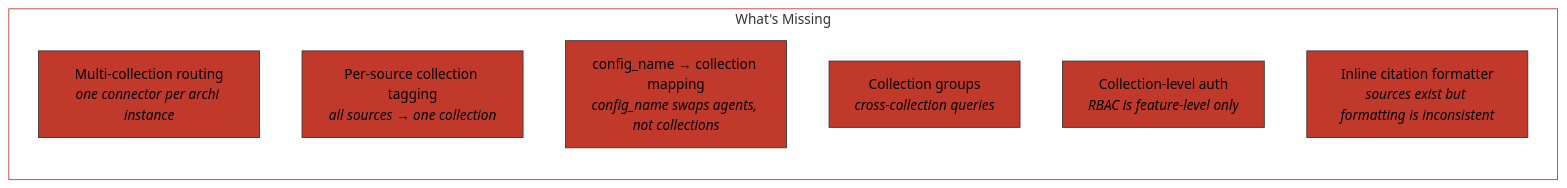
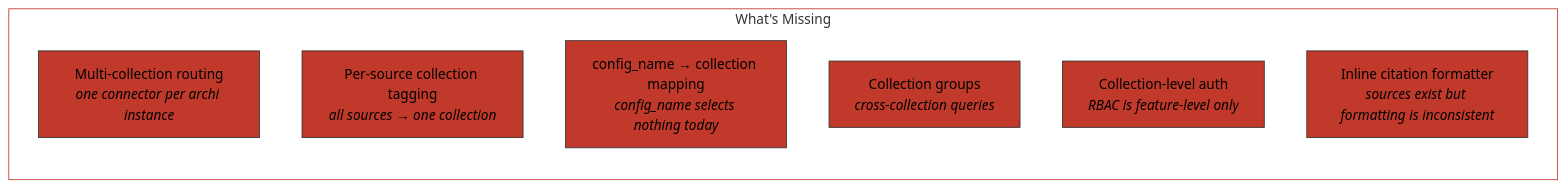
The second of 5 diagrams in docs/docs/proposals/multi-collection-routing.md (fasrc/archi), drawn with Mermaid before and after one commit. The commit also changed other lines of this file, not shown here.

First line of the commit message:
docs: expand the multi-collection core limitation for archi and the eval (#569)

````diff
--- a/docs/docs/proposals/multi-collection-routing.md
+++ b/docs/docs/proposals/multi-collection-routing.md
@@ -66,16 +66,16 @@
 ```mermaid
 graph LR
     subgraph gap["What's Missing"]
         direction TB
         G1["Multi-collection routing<br/><i>one connector per archi instance</i>"]:::todo
         G2["Per-source collection tagging<br/><i>all sources → one collection</i>"]:::todo
-        G3["config_name → collection mapping<br/><i>config_name swaps agents, not collections</i>"]:::todo
+        G3["config_name → collection mapping<br/><i>config_name selects nothing today</i>"]:::todo
         G4["Collection groups<br/><i>cross-collection queries</i>"]:::todo
         G5["Collection-level auth<br/><i>RBAC is feature-level only</i>"]:::todo
         G6["Inline citation formatter<br/><i>sources exist but formatting is inconsistent</i>"]:::todo
     end
 
     style gap fill:none,stroke:#c0392b
 
     classDef todo fill:#c0392b,stroke:#333,color:#000
 ```
````
